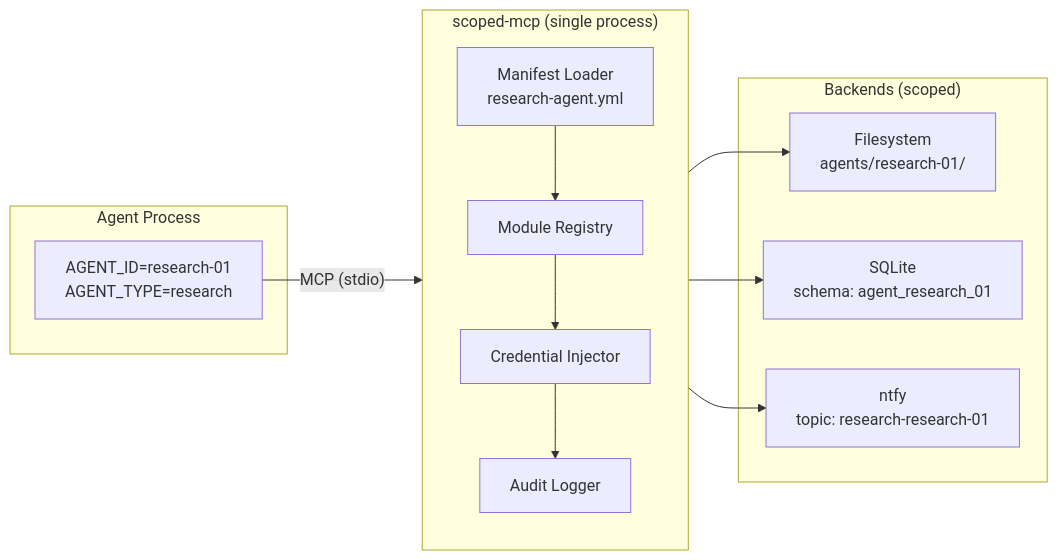
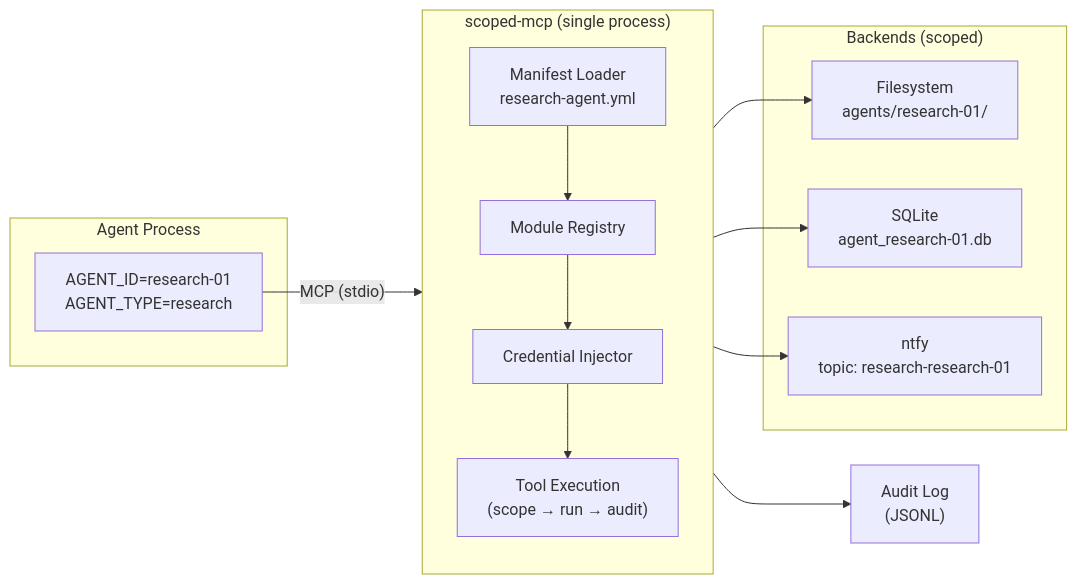
The diagram in docs/architecture-overview.mmd (TadMSTR/scoped-mcp), drawn with Mermaid before and after one commit. The commit also changed 3 other files, not shown here.

First line of the commit message:
docs: update README and diagrams for v1.2.2

```diff
--- a/docs/architecture-overview.mmd
+++ b/docs/architecture-overview.mmd
@@ -1,27 +1,30 @@
 flowchart LR
     subgraph agent["Agent Process"]
         A["AGENT_ID=research-01\nAGENT_TYPE=research"]
     end
 
     subgraph proxy["scoped-mcp (single process)"]
         direction TB
         M["Manifest Loader\nresearch-agent.yml"]
         R["Module Registry"]
         C["Credential Injector"]
-        AU["Audit Logger"]
+        EX["Tool Execution\n(scope → run → audit)"]
 
         M --> R
         R --> C
-        C --> AU
+        C --> EX
     end
 
     subgraph backends["Backends (scoped)"]
         FS["Filesystem\nagents/research-01/"]
-        DB["SQLite\nschema: agent_research_01"]
+        DB["SQLite\nagent_research-01.db"]
         NT["ntfy\ntopic: research-research-01"]
     end
 
+    ALOG["Audit Log\n(JSONL)"]
+
     A -- "MCP (stdio)" --> proxy
-    AU --> FS
-    AU --> DB
-    AU --> NT
+    EX --> FS
+    EX --> DB
+    EX --> NT
+    EX --> ALOG
```
